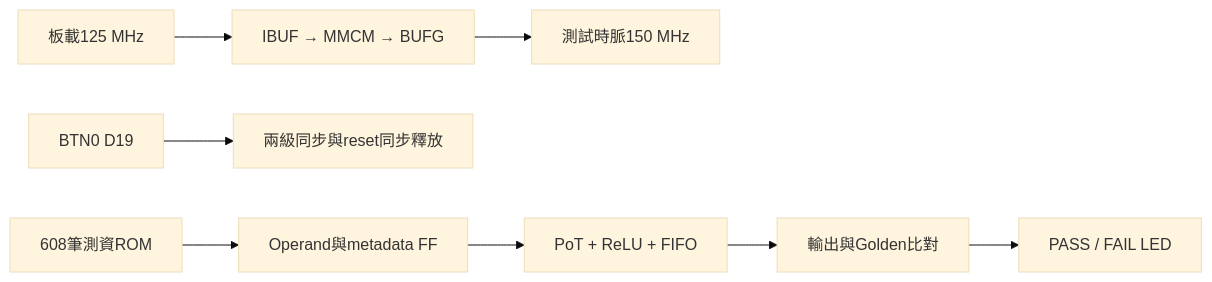
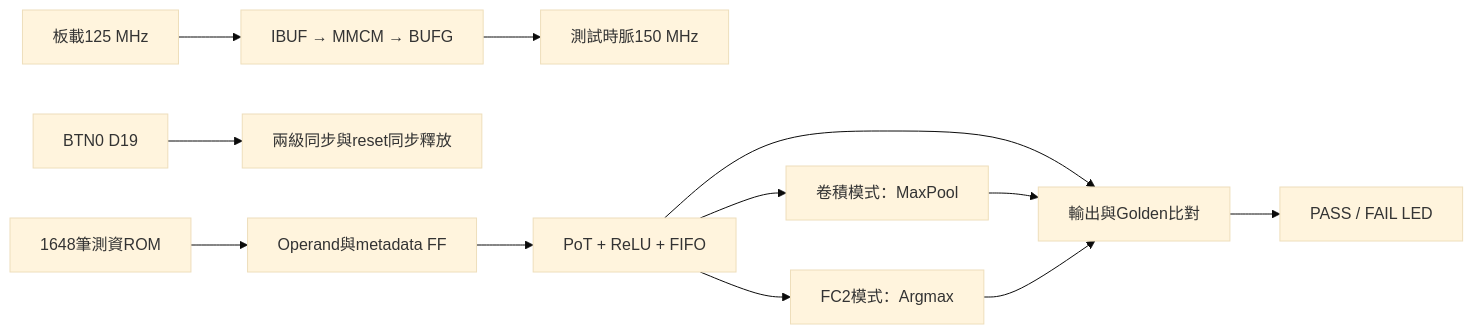
The first of 2 diagrams in HYBRID_SYSTEM/docs/POSTPROCESS_BOARD_TEST.md (Lswen-Lee/KWS_DNN_Hybrid), drawn with Mermaid (base theme) before and after one commit. The commit also changed other lines of this file and 10 other files, not shown here.

````diff
--- a/HYBRID_SYSTEM/docs/POSTPROCESS_BOARD_TEST.md
+++ b/HYBRID_SYSTEM/docs/POSTPROCESS_BOARD_TEST.md
@@ -10,10 +10,14 @@
 ```mermaid
 flowchart LR
   C[板載125 MHz] --> M[IBUF → MMCM → BUFG]
   M --> K[測試時脈150 MHz]
   B[BTN0 D19] --> R[兩級同步與reset同步釋放]
-  V[608筆測資ROM] --> I[Operand與metadata FF]
+  V[1648筆測資ROM] --> I[Operand與metadata FF]
   I --> D[PoT + ReLU + FIFO]
   D --> Q[輸出與Golden比對]
+  D --> P[卷積模式：MaxPool]
+  D --> A[FC2模式：Argmax]
+  P --> Q
+  A --> Q
   Q --> L[PASS / FAIL LED]
 ```
````
